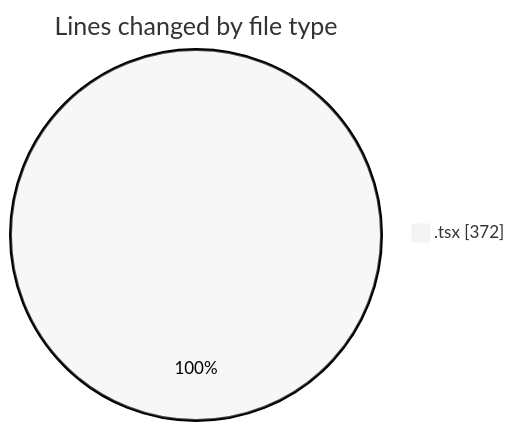
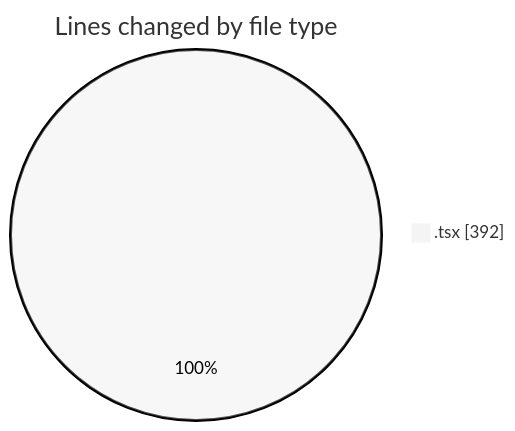
One commit to EIIisD/code-tracking changed the first of 2 diagrams in 2025-08-02/tw-server/README.md. Above: the diagram before and after it, drawn with Mermaid (neutral theme). The commit also changed other lines of this file and 1 other file, not shown here.

````diff
--- a/2025-08-02/tw-server/README.md
+++ b/2025-08-02/tw-server/README.md
@@ -21,5 +21,5 @@
 ```mermaid
 pie showData
 title Lines changed by file type
-".tsx" : 372
+".tsx" : 392
 ```
````
